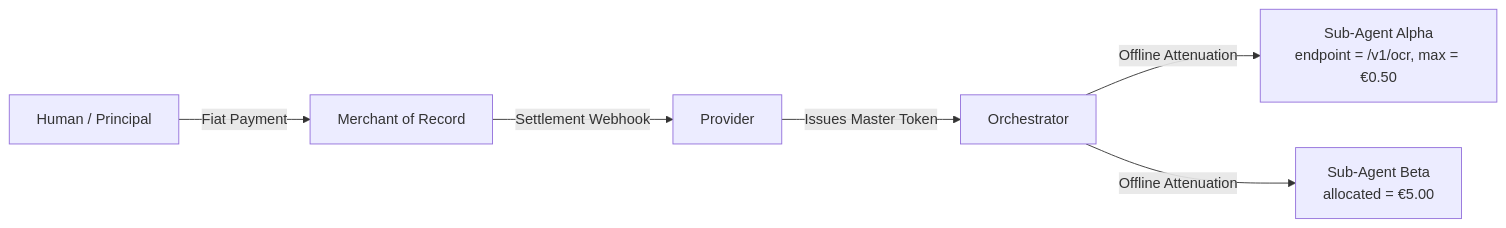
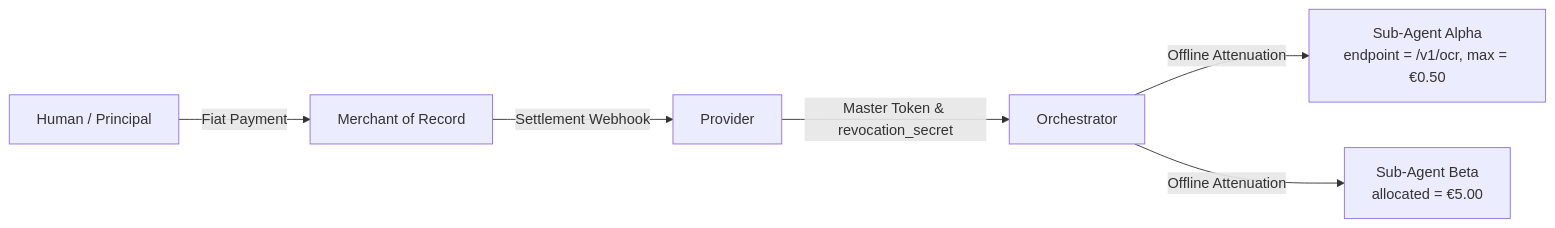
The first of 3 diagrams in 02-architecture.md (mceleri/attenuated-agent-budgets), drawn with Mermaid before and after one commit. The commit also changed other lines of this file and 6 other files, not shown here.

Commit message:
feat: enforce privilege separation and administrative revocation_secret across spec and code

````diff
--- a/02-architecture.md
+++ b/02-architecture.md
@@ -10,8 +10,8 @@
 ```mermaid
 flowchart LR
     H[Human / Principal] -->|Fiat Payment| MoR[Merchant of Record]
     MoR -->|Settlement Webhook| P[Provider]
-    P -->|Issues Master Token| O[Orchestrator]
+    P -->|"Master Token & revocation_secret"| O[Orchestrator]
     O -->|Offline Attenuation| SA["Sub-Agent Alpha<br/>endpoint = /v1/ocr, max = €0.50"]
     O -->|Offline Attenuation| SB["Sub-Agent Beta<br/>allocated = €5.00"]
 ```
````
